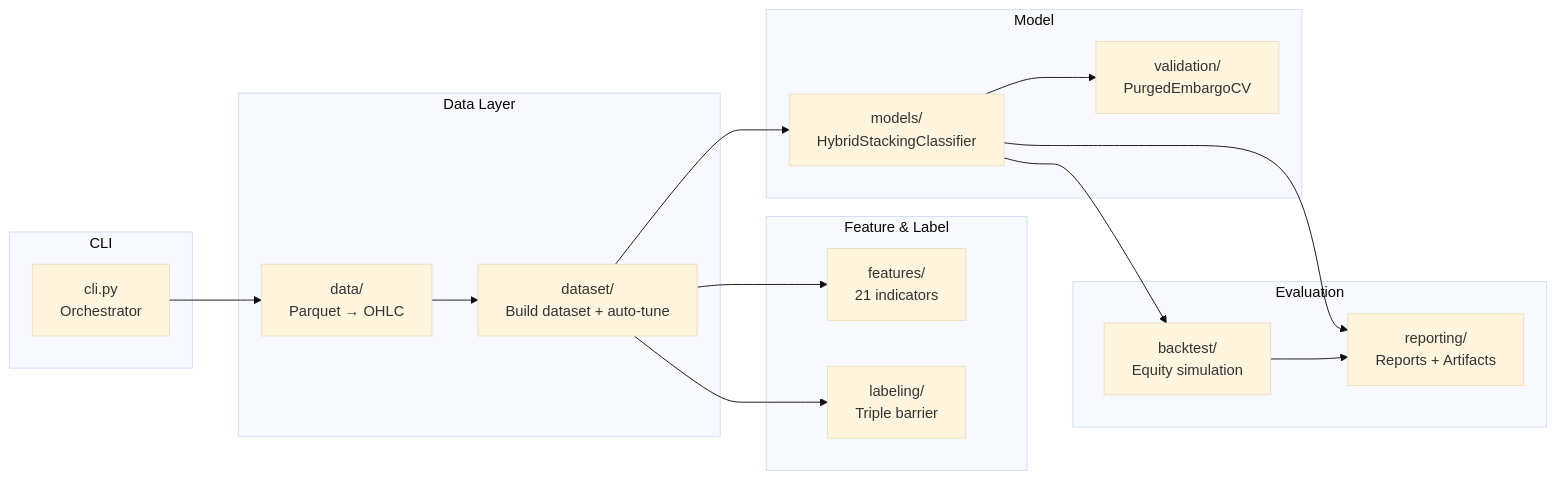
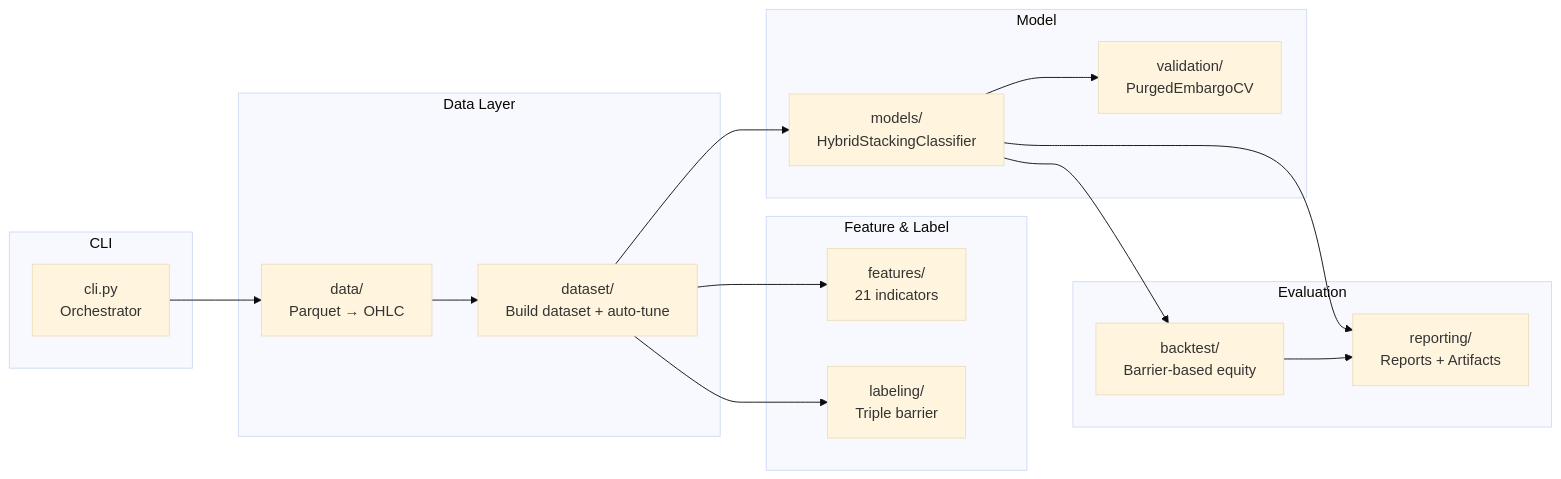
One commit to ultimateBroK/thesis-compact changed the second of 2 diagrams in docs/architecture-overview.md. Above: the diagram before and after it, drawn with Mermaid (base theme). The commit also changed other lines of this file and 7 other files, not shown here.

````diff
--- a/docs/architecture-overview.md
+++ b/docs/architecture-overview.md
@@ -36,36 +36,36 @@
 ```mermaid
 graph LR
     subgraph CLI
         cli["cli.py<br/>Orchestrator"]
     end
 
     subgraph "Data Layer"
         data["data/<br/>Parquet → OHLC"]
         dataset["dataset/<br/>Build dataset + auto-tune"]
     end
 
     subgraph "Feature & Label"
         features["features/<br/>21 indicators"]
         labeling["labeling/<br/>Triple barrier"]
     end
 
     subgraph "Model"
         validation["validation/<br/>PurgedEmbargoCV"]
         models["models/<br/>HybridStackingClassifier"]
     end
 
     subgraph "Evaluation"
-        backtest["backtest/<br/>Equity simulation"]
+        backtest["backtest/<br/>Barrier-based equity"]
         reporting["reporting/<br/>Reports + Artifacts"]
     end
 
     cli --> data
     data --> dataset
     dataset --> features
     dataset --> labeling
     dataset --> models
     models --> validation
     models --> backtest
     models --> reporting
     backtest --> reporting
 ```
````
